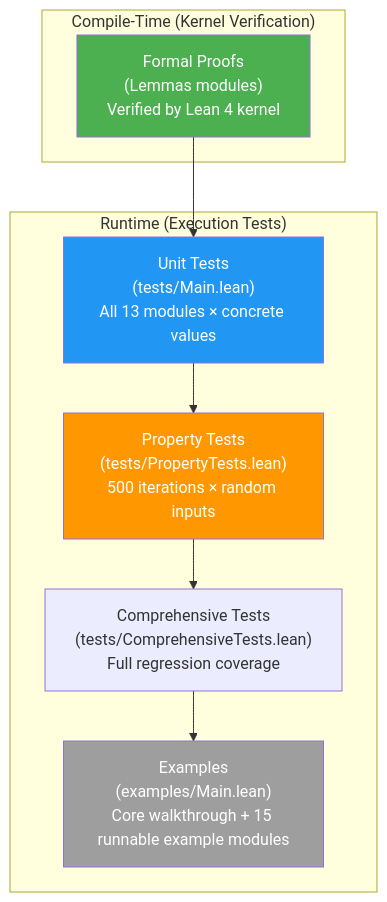
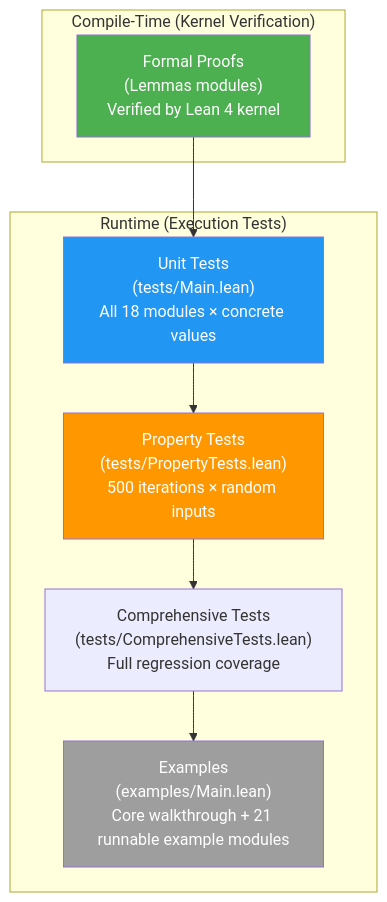
One commit to Provenance-Works/Radix changed the diagram in docs/en/development/testing.md. Above: the diagram before and after it, drawn with Mermaid. The commit also changed other lines of this file and 23 other files, not shown here.

````diff
--- a/docs/en/development/testing.md
+++ b/docs/en/development/testing.md
@@ -17,20 +17,20 @@
 ```mermaid
 graph TD
     subgraph "Compile-Time (Kernel Verification)"
         Proofs["Formal Proofs<br/>(Lemmas modules)<br/>Verified by Lean 4 kernel"]
     end
     subgraph "Runtime (Execution Tests)"
-        Unit["Unit Tests<br/>(tests/Main.lean)<br/>All 13 modules × concrete values"]
+        Unit["Unit Tests<br/>(tests/Main.lean)<br/>All 18 modules × concrete values"]
         Prop["Property Tests<br/>(tests/PropertyTests.lean)<br/>500 iterations × random inputs"]
         Comp["Comprehensive Tests<br/>(tests/ComprehensiveTests.lean)<br/>Full regression coverage"]
-        Ex["Examples<br/>(examples/Main.lean)<br/>Core walkthrough + 15 runnable example modules"]
+        Ex["Examples<br/>(examples/Main.lean)<br/>Core walkthrough + 21 runnable example modules"]
     end
     Proofs --> Unit
     Unit --> Prop
       Prop --> Comp
       Comp --> Ex
     style Proofs fill:#4CAF50,color:white
     style Unit fill:#2196F3,color:white
     style Prop fill:#FF9800,color:white
     style Ex fill:#9E9E9E,color:white
 ```
````
